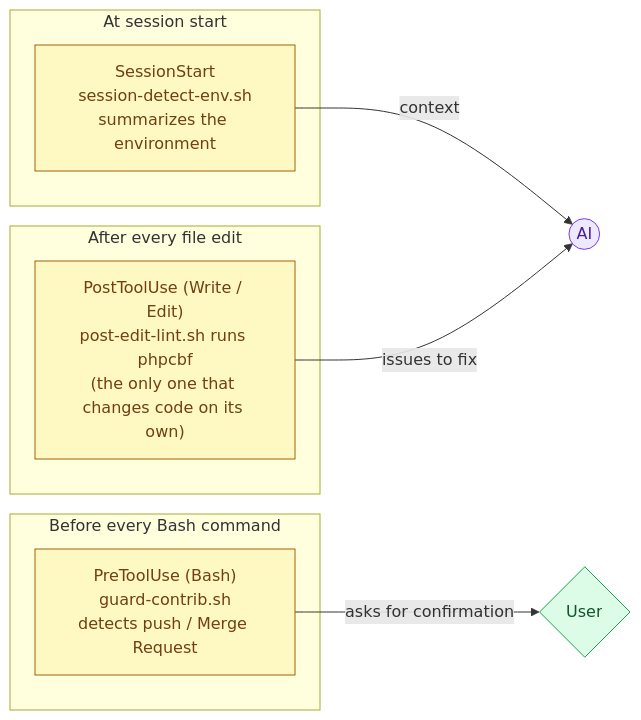
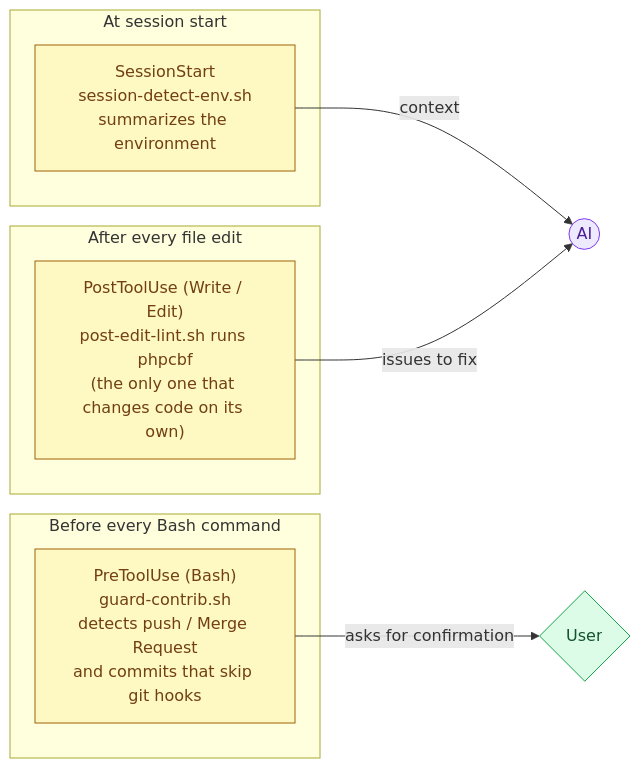
One commit to thebrokenbrain/drupilot changed the fourth of 4 diagrams in FLOW.md. Above: the diagram before and after it, drawn with Mermaid. The commit also changed 21 other files, not shown here.

````diff
--- a/FLOW.md
+++ b/FLOW.md
@@ -191,25 +191,25 @@
 ```mermaid
 flowchart LR
     subgraph S1["At session start"]
       H1["SessionStart<br/>session-detect-env.sh<br/>summarizes the environment"]:::hook
     end
 
     subgraph S2["After every file edit"]
       H2["PostToolUse (Write / Edit)<br/>post-edit-lint.sh runs phpcbf<br/>(the only one that changes code on its own)"]:::hook
     end
 
     subgraph S3["Before every Bash command"]
-      H3["PreToolUse (Bash)<br/>guard-contrib.sh<br/>detects push / Merge Request"]:::hook
+      H3["PreToolUse (Bash)<br/>guard-contrib.sh<br/>detects push / Merge Request<br/>and commits that skip git hooks"]:::hook
     end
 
     AI(("AI")):::ai
     USER{"User"}:::human
 
     H1 -->|context| AI
     H2 -->|issues to fix| AI
     H3 -->|asks for confirmation| USER
 
     classDef hook fill:#fef9c3,stroke:#a16207,color:#713f12;
     classDef ai fill:#ede9fe,stroke:#7c3aed,color:#4c1d95;
     classDef human fill:#dcfce7,stroke:#16a34a,color:#14532d;
 ```
````
